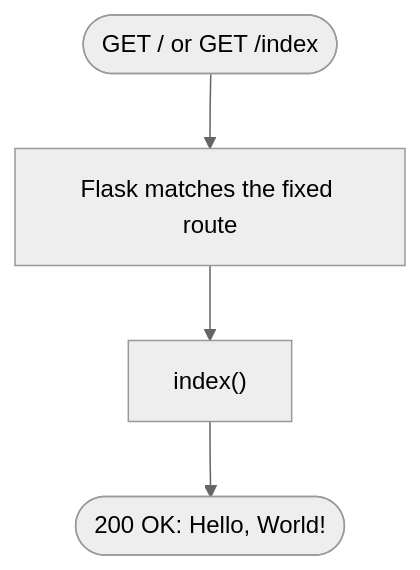
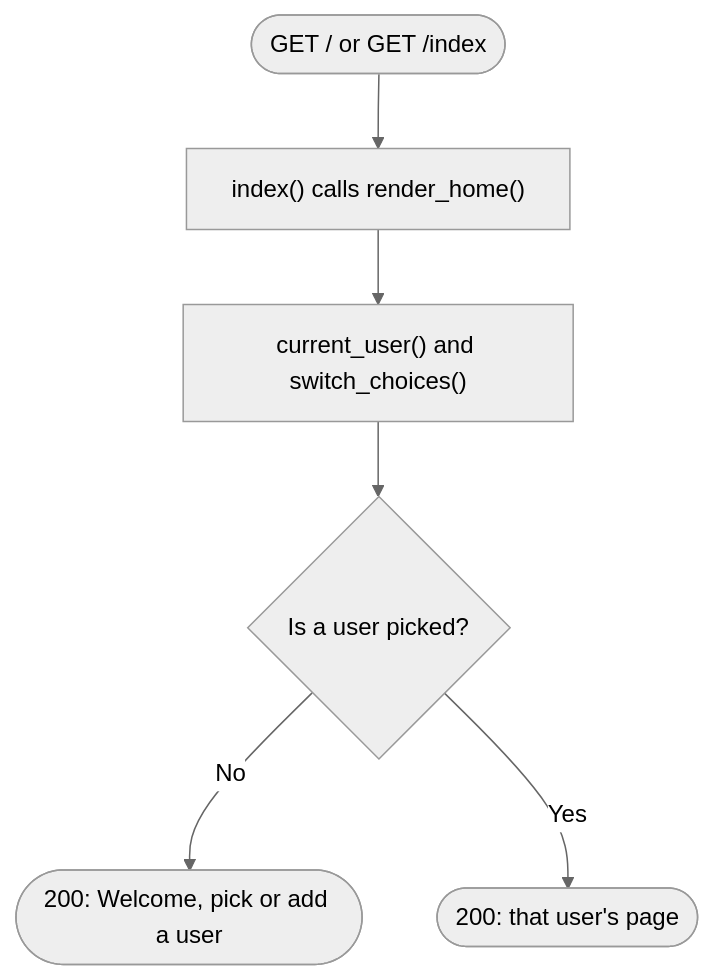
One commit to GreenDAS/url_shortener changed the diagram in docs/specs/home-page.md. Above: the diagram before and after it, drawn with Mermaid (neutral theme). The commit also changed other lines of this file and 4 other files, not shown here.

First line of the commit message:
Added the user picker spec sheet with flow charts for switching and adding a user. Also updated the home page, user swap and URLs spec sheets and the docs index to match.

````diff
--- a/docs/specs/home-page.md
+++ b/docs/specs/home-page.md
@@ -40,6 +54,8 @@
 ```mermaid
 flowchart TD
-    A(["GET / or GET /index"]) --> B["Flask matches the fixed route"]
-    B --> C["index()"]
-    C --> D(["200 OK: Hello, World!"])
+    A(["GET / or GET /index"]) --> B["index() calls render_home()"]
+    B --> C["current_user() and switch_choices()"]
+    C --> D{"Is a user picked?"}
+    D -- No --> E(["200: Welcome, pick or add a user"])
+    D -- Yes --> F(["200: that user's page"])
 ```
````
